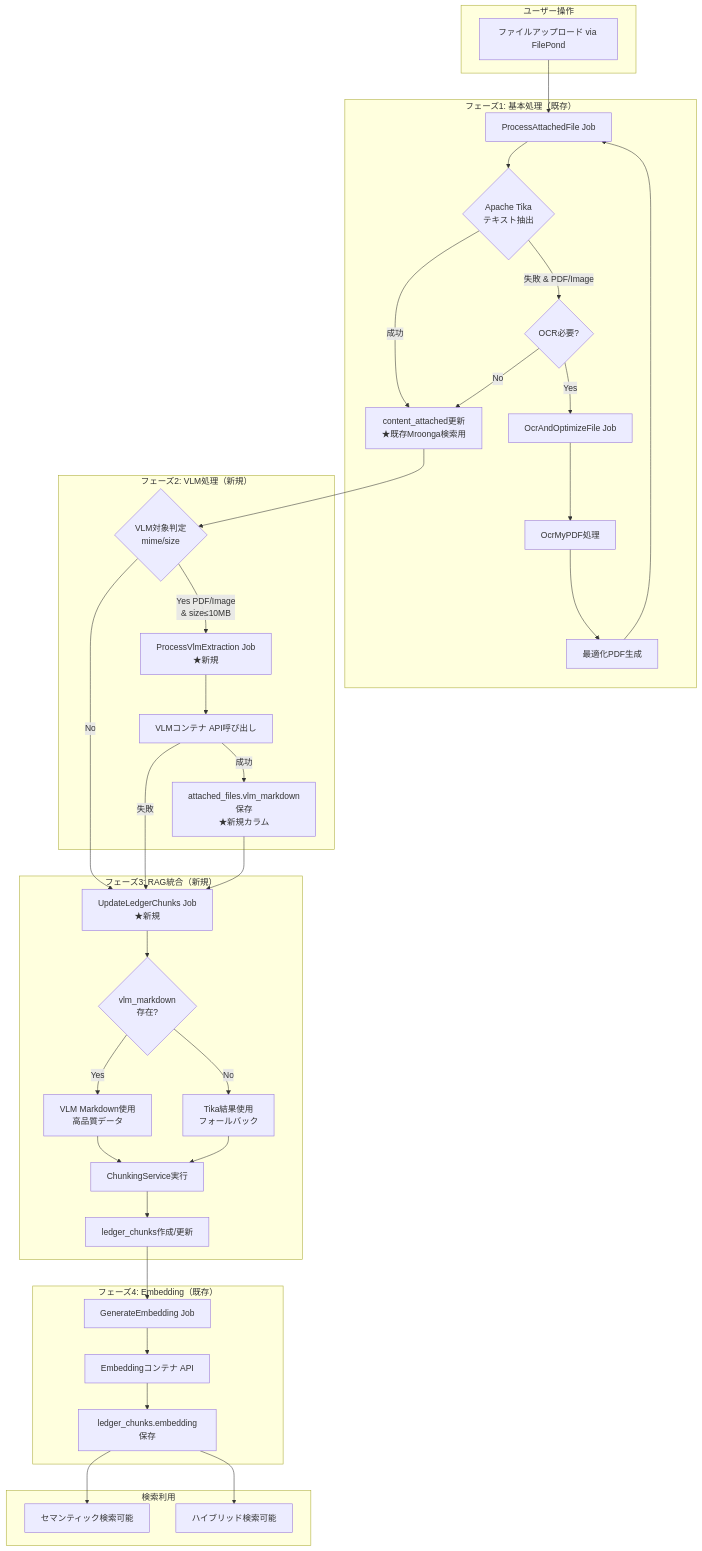
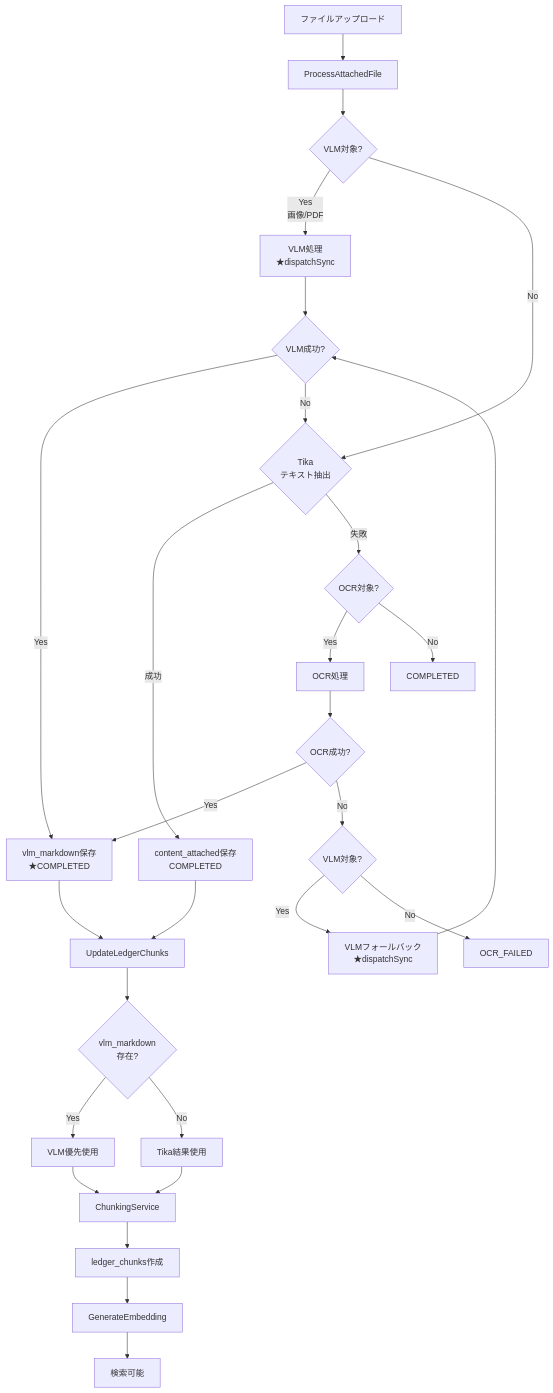
The diagram in docs/architecture/vlm-rag-integration.md (torinky/LedgerLeap-oss), drawn with Mermaid before and after one commit. The commit also changed other lines of this file and 5 other files, not shown here.

````diff
--- a/docs/architecture/vlm-rag-integration.md
+++ b/docs/architecture/vlm-rag-integration.md
@@ -47,73 +54,30 @@
 ```mermaid
 graph TD
-    subgraph "ユーザー操作"
-        A[ファイルアップロード via FilePond]
-    end
-    
-    subgraph "フェーズ1: 基本処理（既存）"
-        B[ProcessAttachedFile Job]
-        C{Apache Tika<br/>テキスト抽出}
-        D[content_attached更新<br/>★既存Mroonga検索用]
-        E{OCR必要?}
-        F[OcrAndOptimizeFile Job]
-        G[OcrMyPDF処理]
-        H[最適化PDF生成]
-    end
-    
-    subgraph "フェーズ2: VLM処理（新規）"
-        I{VLM対象判定<br/>mime/size}
-        J[ProcessVlmExtraction Job<br/>★新規]
-        K[VLMコンテナ API呼び出し]
-        L[attached_files.vlm_markdown保存<br/>★新規カラム]
-    end
-    
-    subgraph "フェーズ3: RAG統合（新規）"
-        M[UpdateLedgerChunks Job<br/>★新規]
-        N{vlm_markdown<br/>存在?}
-        O[VLM Markdown使用<br/>高品質データ]
-        P[Tika結果使用<br/>フォールバック]
-        Q[ChunkingService実行]
-        R[ledger_chunks作成/更新]
-    end
-    
-    subgraph "フェーズ4: Embedding（既存）"
-        S[GenerateEmbedding Job]
-        T[Embeddingコンテナ API]
-        U[ledger_chunks.embedding保存]
-    end
-    
-    subgraph "検索利用"
-        V[セマンティック検索可能]
-        W[ハイブリッド検索可能]
-    end
-    
-    A --> B
-    B --> C
-    C -->|成功| D
-    C -->|失敗 & PDF/Image| E
-    E -->|Yes| F
-    F --> G
-    G --> H
-    H --> B
-    E -->|No| D
-    
-    D --> I
-    I -->|Yes PDF/Image<br/>& size≤10MB| J
-    I -->|No| M
-    J --> K
-    K -->|成功| L
-    K -->|失敗| M
-    L --> M
-    
-    M --> N
-    N -->|Yes| O
-    N -->|No| P
-    O --> Q
-    P --> Q
-    Q --> R
-    R --> S
+    A[ファイルアップロード] --> B[ProcessAttachedFile]
+    B --> C{VLM対象?}
+    C -->|Yes<br/>画像/PDF| D[VLM処理<br/>★dispatchSync]
+    C -->|No| E{Tika<br/>テキスト抽出}
+    D --> F{VLM成功?}
+    F -->|Yes| G[vlm_markdown保存<br/>★COMPLETED]
+    F -->|No| E
+    E -->|成功| H[content_attached保存<br/>COMPLETED]
+    E -->|失敗| I{OCR対象?}
+    I -->|Yes| J[OCR処理]
+    I -->|No| K[COMPLETED]
+    J --> L{OCR成功?}
+    L -->|Yes| G
+    L -->|No| M{VLM対象?}
+    M -->|Yes| N[VLMフォールバック<br/>★dispatchSync]
+    M -->|No| O[OCR_FAILED]
+    N --> F
+    G --> P[UpdateLedgerChunks]
+    H --> P
+    P --> Q{vlm_markdown<br/>存在?}
+    Q -->|Yes| R[VLM優先使用]
+    Q -->|No| S[Tika結果使用]
+    R --> T[ChunkingService]
     S --> T
-    T --> U
-    U --> V
-    U --> W
+    T --> U[ledger_chunks作成]
+    U --> V[GenerateEmbedding]
+    V --> W[検索可能]
 ```
````
